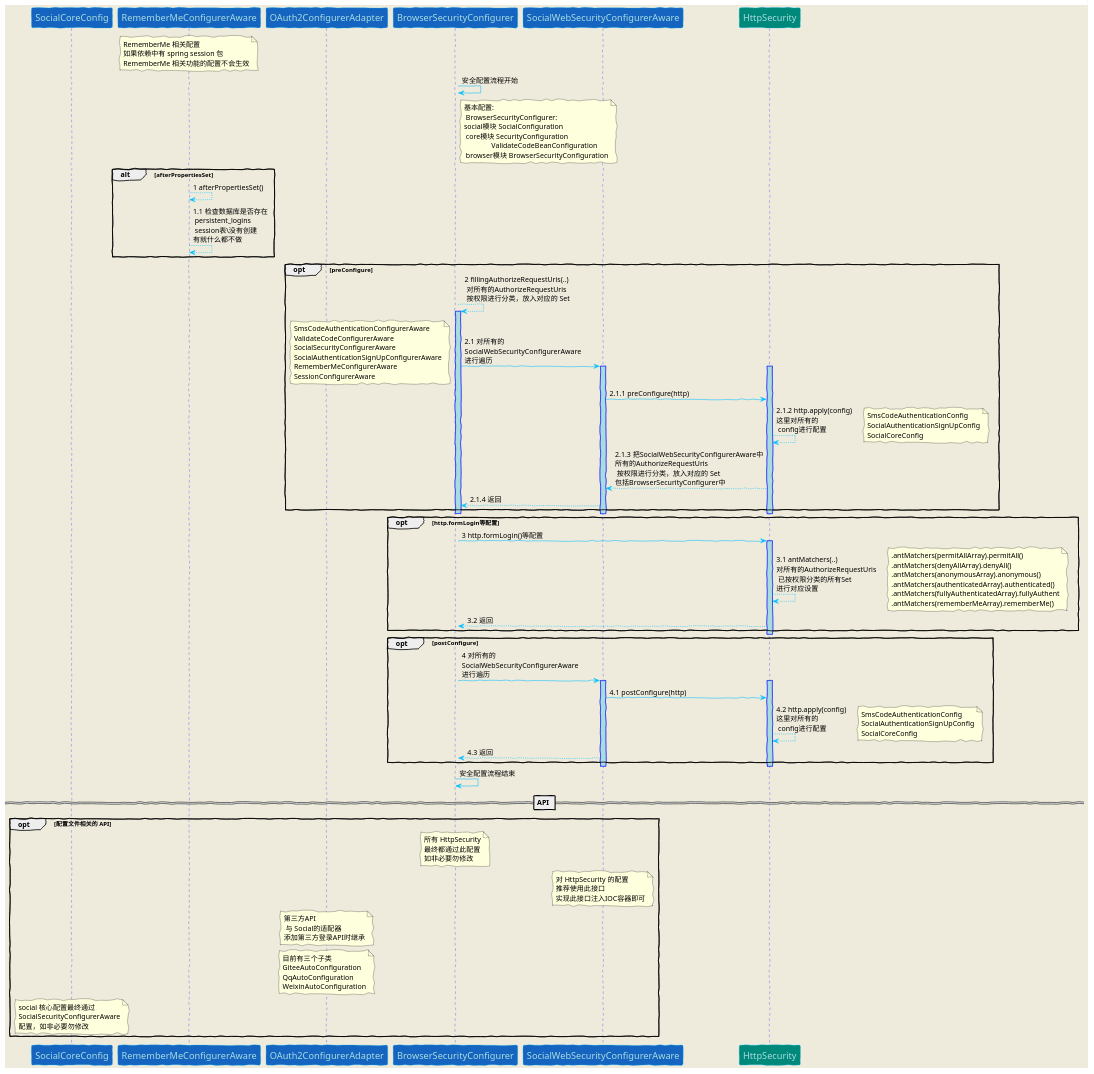
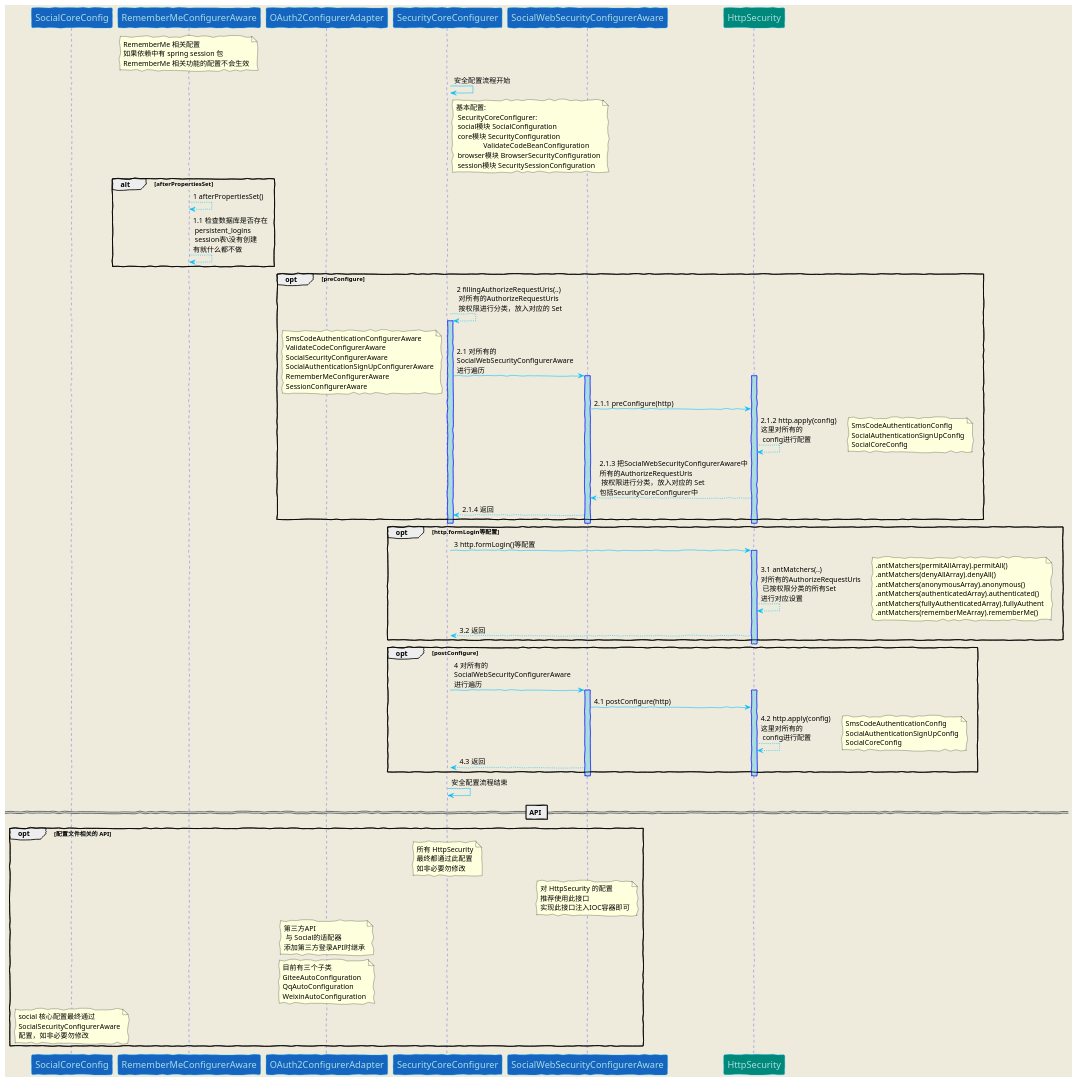
Before and after one commit to ZeroOrInfinity/UMS: the diagram in doc/scurityConfigurer.puml, drawn with PlantUML. The commit also changed 236 other files, not shown here.

```diff
--- a/doc/scurityConfigurer.puml
+++ b/doc/scurityConfigurer.puml
@@ -1,107 +1,108 @@
 @startuml
 
 skinparam backgroundColor #EEEBDC
 skinparam handwritten true
 skinparam sequence {
 ArrowColor DeepSkyBlue
 ActorBorderColor DeepSkyBlue
 LifeLineBorderColor blue
 LifeLineBackgroundColor #A9DCDF
 ParticipantBorderColor DeepSkyBlue
 ParticipantBackgroundColor #00897b
 ParticipantFontName Impact
 ParticipantFontSize 17
 ParticipantFontColor #A9DCDF
 ActorBackgroundColor aqua
 ActorFontColor DeepSkyBlue
 ActorFontSize 17
 ActorFontName Aapex
 }
 participant "SocialCoreConfig"  #1565c0
 participant "RememberMeConfigurerAware"  #1565c0
 note over RememberMeConfigurerAware: RememberMe 相关配置\n\
 如果依赖中有 spring session 包\n\
 RememberMe 相关功能的配置不会生效
 
 participant "OAuth2ConfigurerAdapter"  #1565c0
 
-participant "BrowserSecurityConfigurer" #1565c0
-BrowserSecurityConfigurer -> BrowserSecurityConfigurer: 安全配置流程开始
-note right BrowserSecurityConfigurer: 基本配置:\n BrowserSecurityConfigurer: \n\
-social模块 SocialConfiguration\n core模块 SecurityConfiguration\n\
-               ValidateCodeBeanConfiguration\n browser模块 BrowserSecurityConfiguration
+participant "SecurityCoreConfigurer" #1565c0
+SecurityCoreConfigurer -> SecurityCoreConfigurer: 安全配置流程开始
+note right SecurityCoreConfigurer: 基本配置:\n SecurityCoreConfigurer: \n\
+ social模块 SocialConfiguration\n core模块 SecurityConfiguration\n\
+               ValidateCodeBeanConfiguration\n browser模块 BrowserSecurityConfiguration\n\
+ session模块 SecuritySessionConfiguration
 alt afterPropertiesSet
 RememberMeConfigurerAware --> RememberMeConfigurerAware: 1 afterPropertiesSet()
 RememberMeConfigurerAware --> RememberMeConfigurerAware: 1.1 检查数据库是否存在\n persistent_logins\n session表\没有创建\n有就什么都不做
 end
-activate BrowserSecurityConfigurer
+activate SecurityCoreConfigurer
 opt preConfigure
-BrowserSecurityConfigurer --> BrowserSecurityConfigurer: 2 fillingAuthorizeRequestUris(..)\n 对所有的AuthorizeRequestUris\n 按权限进行分类，放入对应的 Set
-activate BrowserSecurityConfigurer
+SecurityCoreConfigurer --> SecurityCoreConfigurer: 2 fillingAuthorizeRequestUris(..)\n 对所有的AuthorizeRequestUris\n 按权限进行分类，放入对应的 Set
+activate SecurityCoreConfigurer
 participant "SocialWebSecurityConfigurerAware" #1565c0
-BrowserSecurityConfigurer -> SocialWebSecurityConfigurerAware: 2.1 对所有的\nSocialWebSecurityConfigurerAware\n进行遍历
+SecurityCoreConfigurer -> SocialWebSecurityConfigurerAware: 2.1 对所有的\nSocialWebSecurityConfigurerAware\n进行遍历
 note left : SmsCodeAuthenticationConfigurerAware\n\
 ValidateCodeConfigurerAware\n\
 SocialSecurityConfigurerAware\n\
 SocialAuthenticationSignUpConfigurerAware\n\
 RememberMeConfigurerAware\n\
 SessionConfigurerAware
 activate SocialWebSecurityConfigurerAware
 activate HttpSecurity
 SocialWebSecurityConfigurerAware -> HttpSecurity: 2.1.1 preConfigure(http)
 HttpSecurity --> HttpSecurity: 2.1.2 http.apply(config)\n这里对所有的\n config进行配置
 note right : SmsCodeAuthenticationConfig\n\
 SocialAuthenticationSignUpConfig\n\
 SocialCoreConfig
-HttpSecurity --> SocialWebSecurityConfigurerAware: 2.1.3 把SocialWebSecurityConfigurerAware中\n所有的AuthorizeRequestUris\n 按权限进行分类，放入对应的 Set\n包括BrowserSecurityConfigurer中
-SocialWebSecurityConfigurerAware --> BrowserSecurityConfigurer: 2.1.4 返回
+HttpSecurity --> SocialWebSecurityConfigurerAware: 2.1.3 把SocialWebSecurityConfigurerAware中\n所有的AuthorizeRequestUris\n 按权限进行分类，放入对应的 Set\n包括SecurityCoreConfigurer中
+SocialWebSecurityConfigurerAware --> SecurityCoreConfigurer: 2.1.4 返回
 end
 deactivate HttpSecurity
 deactivate SocialWebSecurityConfigurerAware
-deactivate BrowserSecurityConfigurer
+deactivate SecurityCoreConfigurer
 opt http.formLogin等配置
-BrowserSecurityConfigurer -> HttpSecurity: 3 http.formLogin()等配置
+SecurityCoreConfigurer -> HttpSecurity: 3 http.formLogin()等配置
 activate HttpSecurity
 HttpSecurity --> HttpSecurity: 3.1 antMatchers(..)\n对所有的AuthorizeRequestUris\n 已按权限分类的所有Set\n进行对应设置
 note right : .antMatchers(permitAllArray).permitAll()\n\
 .antMatchers(denyAllArray).denyAll()\n\
 .antMatchers(anonymousArray).anonymous()\n\
 .antMatchers(authenticatedArray).authenticated()\n\
 .antMatchers(fullyAuthenticatedArray).fullyAuthent\n\
 .antMatchers(rememberMeArray).rememberMe()
-HttpSecurity --> BrowserSecurityConfigurer: 3.2 返回
+HttpSecurity --> SecurityCoreConfigurer: 3.2 返回
 end
 deactivate HttpSecurity
-activate BrowserSecurityConfigurer
+activate SecurityCoreConfigurer
 opt postConfigure
-BrowserSecurityConfigurer -> SocialWebSecurityConfigurerAware: 4 对所有的\nSocialWebSecurityConfigurerAware\n进行遍历
+SecurityCoreConfigurer -> SocialWebSecurityConfigurerAware: 4 对所有的\nSocialWebSecurityConfigurerAware\n进行遍历
 activate SocialWebSecurityConfigurerAware
 activate HttpSecurity
 SocialWebSecurityConfigurerAware -> HttpSecurity: 4.1 postConfigure(http)
 HttpSecurity --> HttpSecurity: 4.2 http.apply(config)\n这里对所有的\n config进行配置
 note right : SmsCodeAuthenticationConfig\n\
 SocialAuthenticationSignUpConfig\n\
 SocialCoreConfig
 
-SocialWebSecurityConfigurerAware --> BrowserSecurityConfigurer: 4.3 返回
+SocialWebSecurityConfigurerAware --> SecurityCoreConfigurer: 4.3 返回
 end
 deactivate HttpSecurity
 deactivate SocialWebSecurityConfigurerAware
-deactivate BrowserSecurityConfigurer
+deactivate SecurityCoreConfigurer
 
-deactivate BrowserSecurityConfigurer
+deactivate SecurityCoreConfigurer
 
-BrowserSecurityConfigurer -> BrowserSecurityConfigurer: 安全配置流程结束
+SecurityCoreConfigurer -> SecurityCoreConfigurer: 安全配置流程结束
 
 == API ==
 opt 配置文件相关的 API
-note over BrowserSecurityConfigurer: 所有 HttpSecurity\n最终都通过此配置\n如非必要勿修改
+note over SecurityCoreConfigurer: 所有 HttpSecurity\n最终都通过此配置\n如非必要勿修改
 note over SocialWebSecurityConfigurerAware: 对 HttpSecurity 的配置\n推荐使用此接口\n实现此接口注入IOC容器即可
 
 note over OAuth2ConfigurerAdapter: 第三方API\n 与 Social的适配器\n添加第三方登录API时继承
 note over OAuth2ConfigurerAdapter: 目前有三个子类\nGiteeAutoConfiguration\nQqAutoConfiguration\nWeixinAutoConfiguration
 note over SocialCoreConfig: social 核心配置最终通过\nSocialSecurityConfigurerAware\n配置，如非必要勿修改
 
 end
 
 @enduml
```
